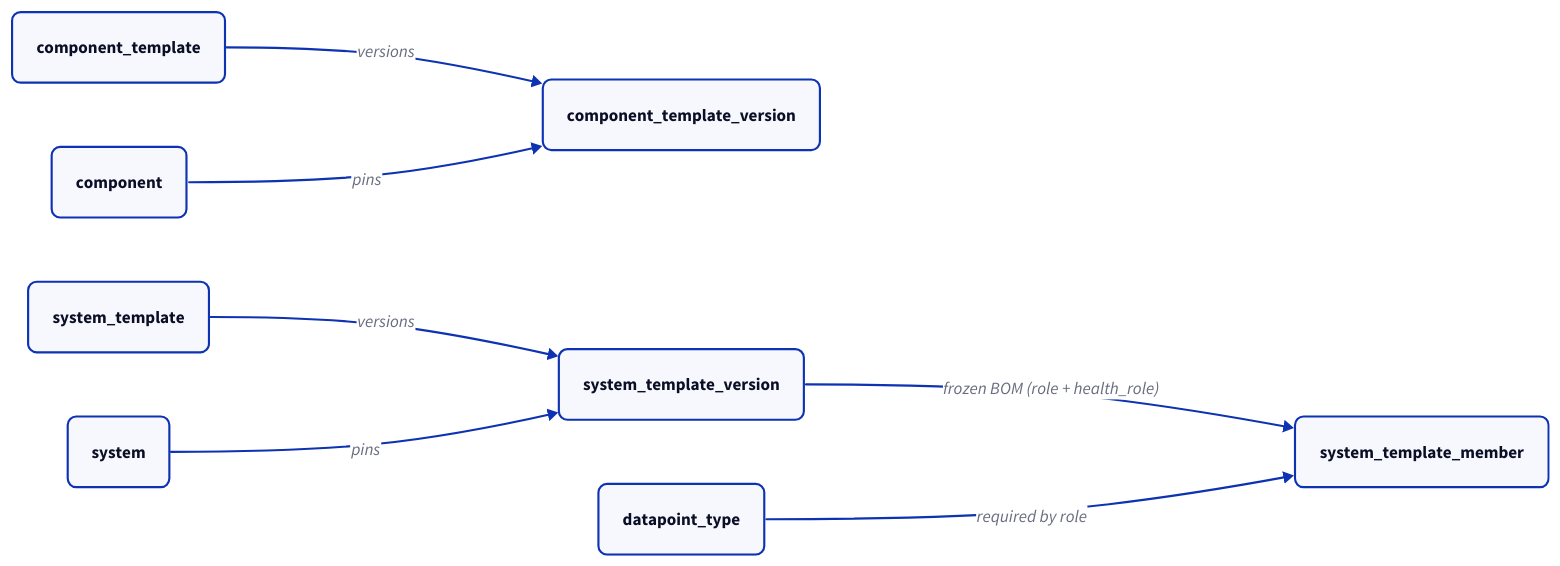
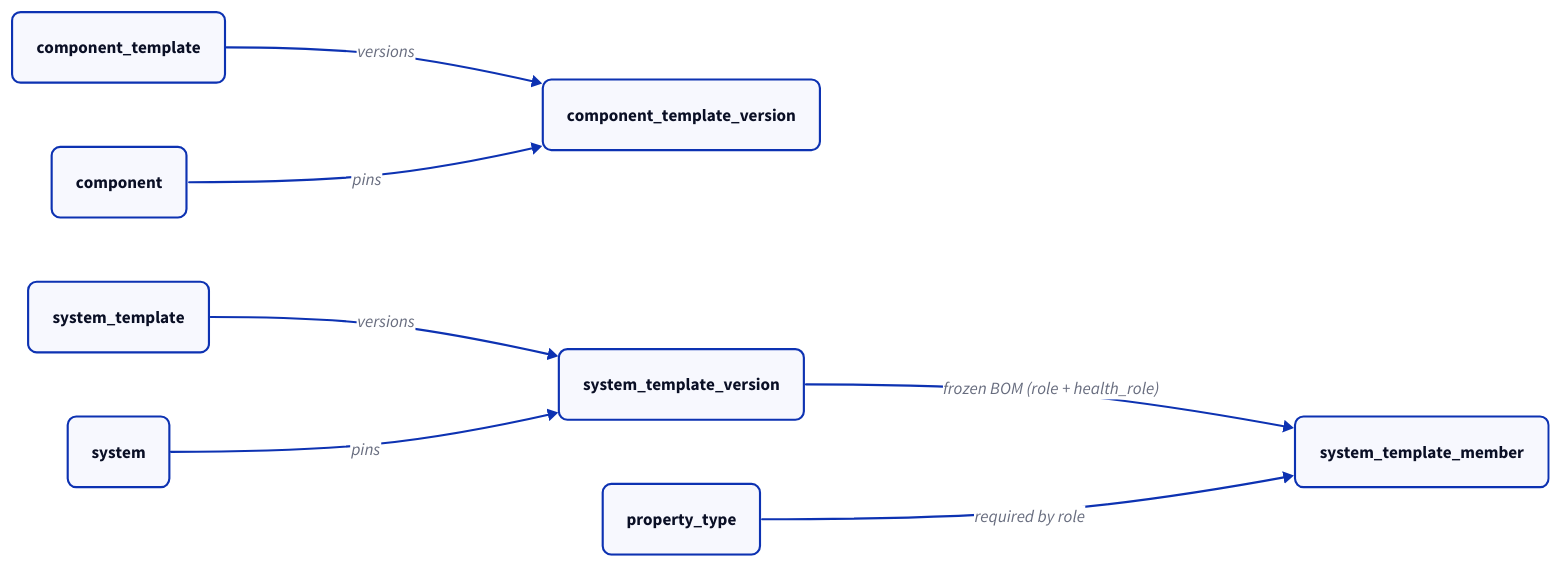
The diagram in docs/src/content/docs/architecture/templates.md (hyperscaleav/omniglass), drawn with D2 before and after one commit. The commit also changed other lines of this file and 90 other files, not shown here.

First line of the commit message:
feat: rename the property registry to property_type and the value store to property (#392)

````diff
--- a/docs/src/content/docs/architecture/templates.md
+++ b/docs/src/content/docs/architecture/templates.md
@@ -240,18 +240,18 @@
 ```d2
 direction: right
 classes: { node: { style.border-radius: 8 } }
 ct: component_template { class: node }
 ctv: component_template_version { class: node }
 st: system_template { class: node }
 stv: system_template_version { class: node }
 stm: system_template_member { class: node }
-dt: datapoint_type { class: node }
+dt: property_type { class: node }
 component: component { class: node }
 system: system { class: node }
 ct -> ctv: versions
 st -> stv: versions
 stv -> stm: frozen BOM (role + health_role)
 dt -> stm: required by role
 component -> ctv: pins
 system -> stv: pins
 ```
````
